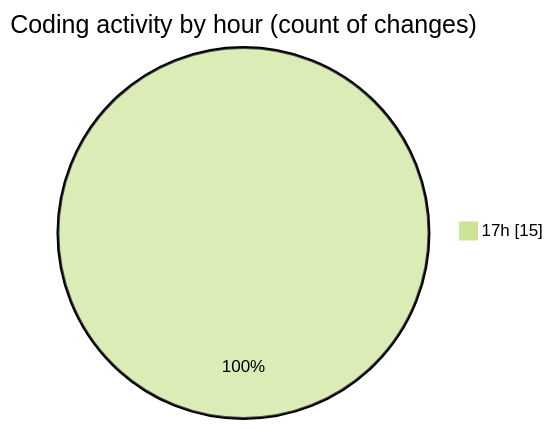
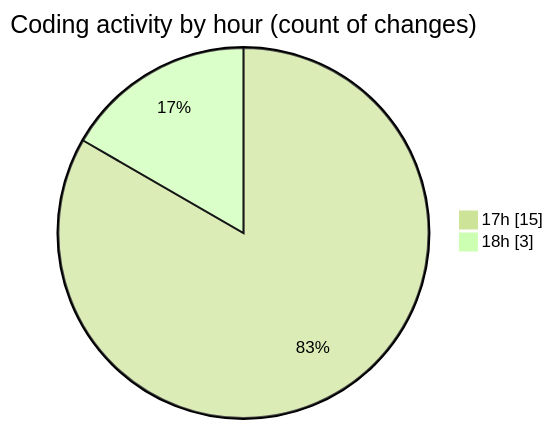
Before and after one commit to charlie-sans/code-tracking: the second of 2 diagrams in 2025-03-09/jmasm/README.md, drawn with Mermaid (forest theme). The commit also changed other lines of this file and 1 other file, not shown here.

````diff
--- a/2025-03-09/jmasm/README.md
+++ b/2025-03-09/jmasm/README.md
@@ -39,5 +41,6 @@
 ```mermaid
 pie showData
 title Coding activity by hour (count of changes)
 "17h" : 15
+"18h" : 3
 ```
````
